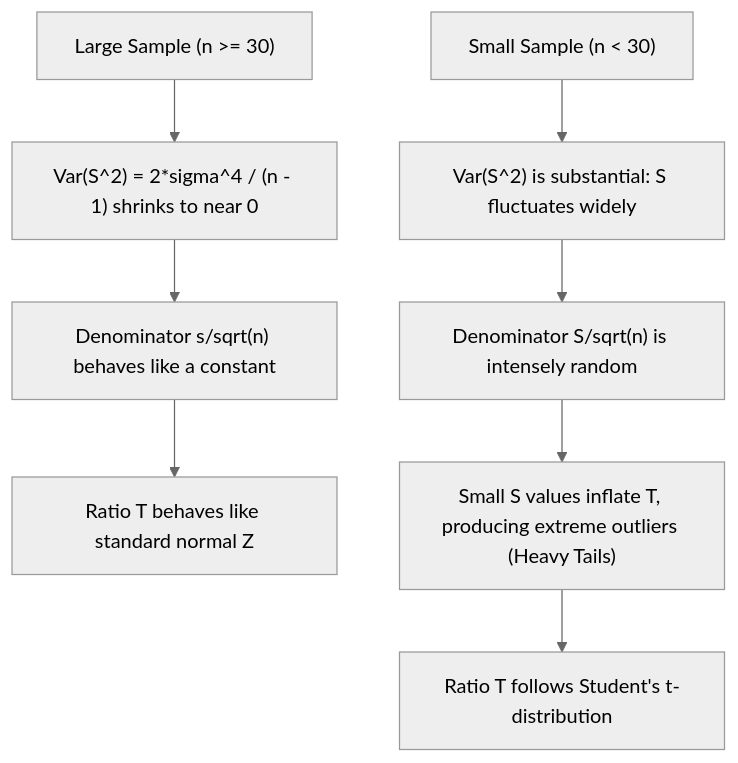
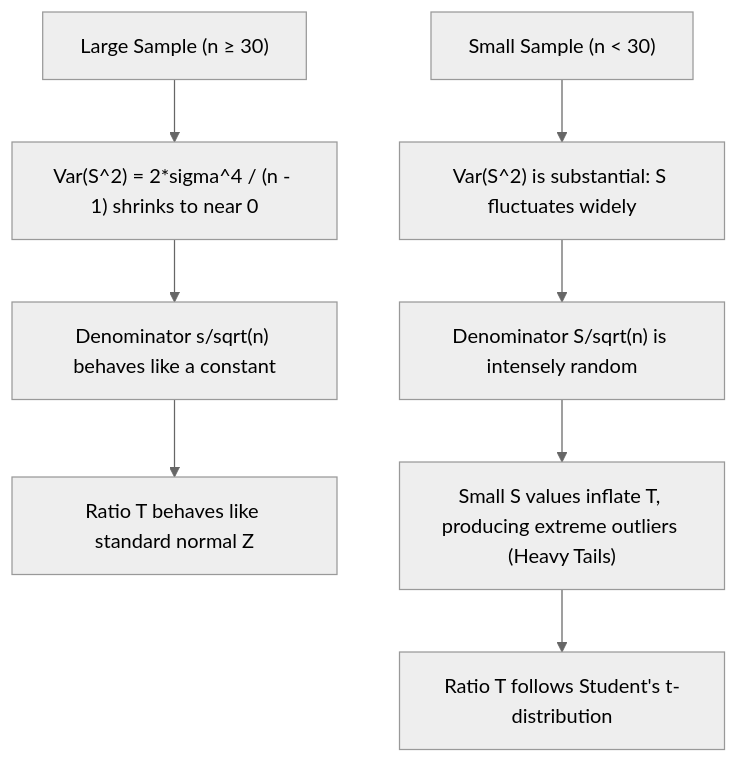
Before and after one commit to YatishGowda09/Sem-3-CSE-Notes: the first of 3 diagrams in Maths/Unit 4/L04 - Small-Sample Tests for a Population Mean.md, drawn with Mermaid (neutral theme). The commit also changed other lines of this file and 70 other files, not shown here.

First line of the commit message:
Fix Mermaid diagram syntax for GitHub rendering compatibility

````diff
--- a/Maths/Unit 4/L04 - Small-Sample Tests for a Population Mean.md
+++ b/Maths/Unit 4/L04 - Small-Sample Tests for a Population Mean.md
@@ -38,11 +38,11 @@
 ```mermaid
 flowchart TD
-    LargeN["Large Sample (n >= 30)"] --> VarShrink["Var(S^2) = 2*sigma^4 / (n - 1) shrinks to near 0"]
+    LargeN["Large Sample (n &ge; 30)"] --> VarShrink["Var(S^2) = 2*sigma^4 / (n - 1) shrinks to near 0"]
     VarShrink --> StableDenom["Denominator s/sqrt(n) behaves like a constant"]
     StableDenom --> NormalBehavior["Ratio T behaves like standard normal Z"]
 
-    SmallN["Small Sample (n < 30)"] --> VarLarge["Var(S^2) is substantial: S fluctuates widely"]
+    SmallN["Small Sample (n &lt; 30)"] --> VarLarge["Var(S^2) is substantial: S fluctuates widely"]
     VarLarge --> RandomDenom["Denominator S/sqrt(n) is intensely random"]
     RandomDenom --> HeavyTails["Small S values inflate T, producing extreme outliers (Heavy Tails)"]
     HeavyTails --> StudentT["Ratio T follows Student's t-distribution"]
 ```
````
